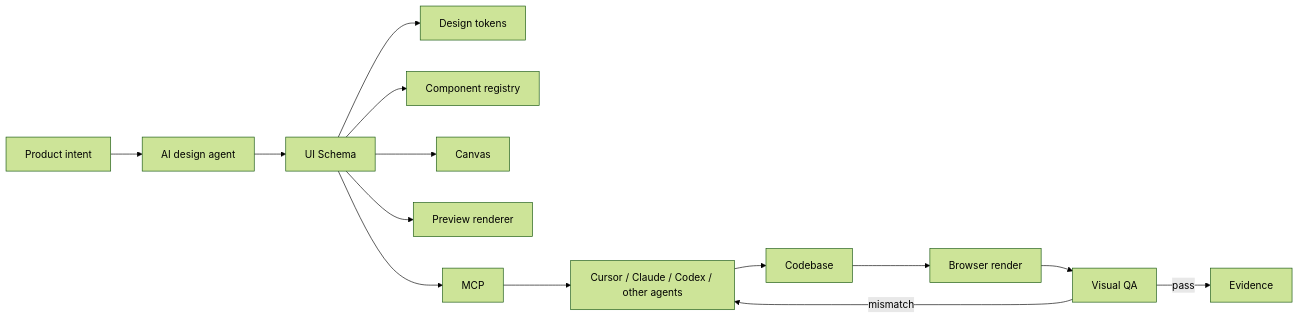
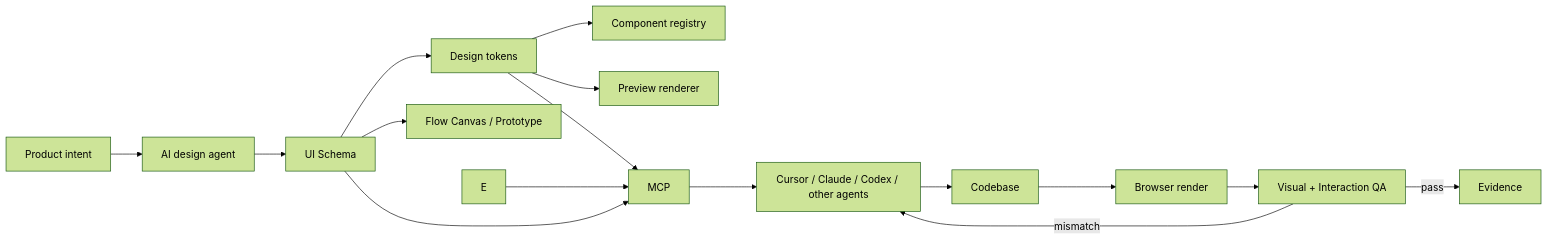
The first of 2 diagrams in README.md (tuanpham09/UIForge), drawn with Mermaid (forest theme) before and after one commit. The commit also changed other lines of this file, not shown here.

Commit message:
docs: add product experience graph architecture

````diff
--- a/README.md
+++ b/README.md
@@ -41,16 +42,18 @@
 ```mermaid
 flowchart LR
     A[Product intent] --> B[AI design agent]
     B --> C[UI Schema]
     C --> D[Design tokens]
-    C --> E[Component registry]
-    C --> F[Canvas]
-    C --> G[Preview renderer]
-    C --> H[MCP]
-    H --> I[Cursor / Claude / Codex / other agents]
-    I --> J[Codebase]
-    J --> K[Browser render]
-    K --> L[Visual QA]
-    L -->|mismatch| I
-    L -->|pass| M[Evidence]
+    D --> F[Component registry]
+    C --> G[Flow Canvas / Prototype]
+    D --> H[Preview renderer]
+    C --> I[MCP]
+    D --> I
+    E --> I
+    I --> J[Cursor / Claude / Codex / other agents]
+    J --> K[Codebase]
+    K --> L[Browser render]
+    L --> M[Visual + Interaction QA]
+    M -->|mismatch| J
+    M -->|pass| N[Evidence]
 ```
````
